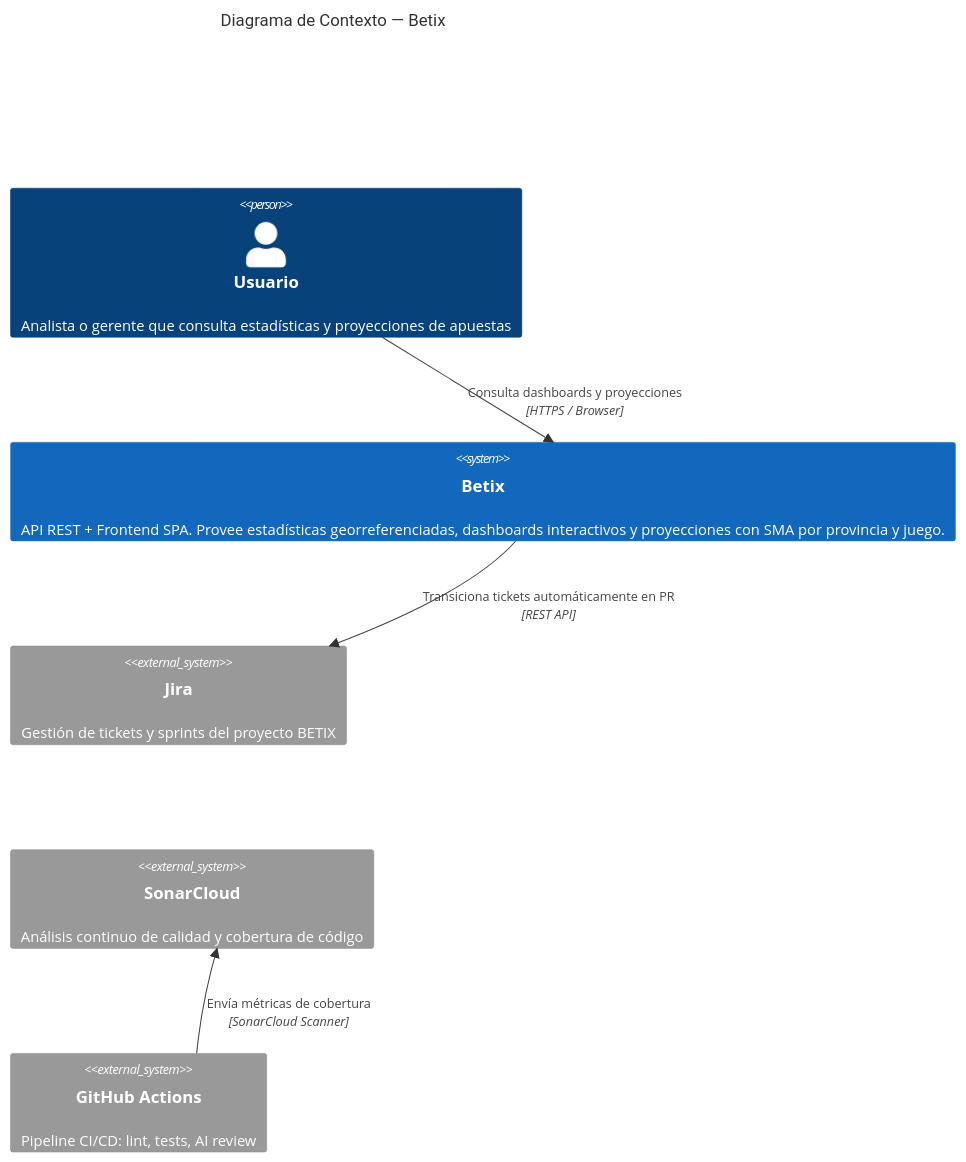
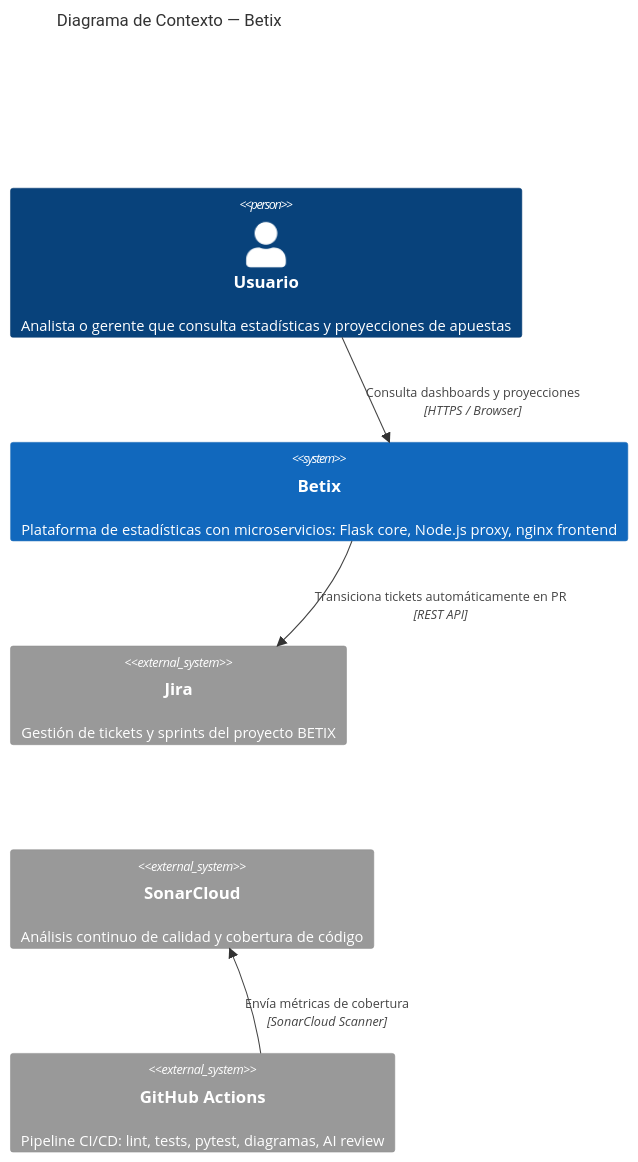
The first of 3 diagrams in README.md (Neurus1970/betix), drawn with Mermaid before and after one commit. The commit also changed other lines of this file, not shown here.

First line of the commit message:
docs(BETIX-15): actualizar README con arquitectura de microservicios y diagramas PNG

````diff
--- a/README.md
+++ b/README.md
@@ -37,16 +148,16 @@
 ```mermaid
 C4Context
     title Diagrama de Contexto — Betix
 
     Person(usuario, "Usuario", "Analista o gerente que consulta estadísticas y proyecciones de apuestas")
 
-    System(betix, "Betix", "API REST + Frontend SPA. Provee estadísticas georreferenciadas, dashboards interactivos y proyecciones con SMA por provincia y juego.")
+    System(betix, "Betix", "Plataforma de estadísticas con microservicios: Flask core, Node.js proxy, nginx frontend")
 
     System_Ext(jira, "Jira", "Gestión de tickets y sprints del proyecto BETIX")
     System_Ext(sonar, "SonarCloud", "Análisis continuo de calidad y cobertura de código")
-    System_Ext(github, "GitHub Actions", "Pipeline CI/CD: lint, tests, AI review")
+    System_Ext(github, "GitHub Actions", "Pipeline CI/CD: lint, tests, pytest, diagramas, AI review")
 
     Rel(usuario, betix, "Consulta dashboards y proyecciones", "HTTPS / Browser")
     Rel(betix, jira, "Transiciona tickets automáticamente en PR", "REST API")
     Rel(github, sonar, "Envía métricas de cobertura", "SonarCloud Scanner")
 ```
````
